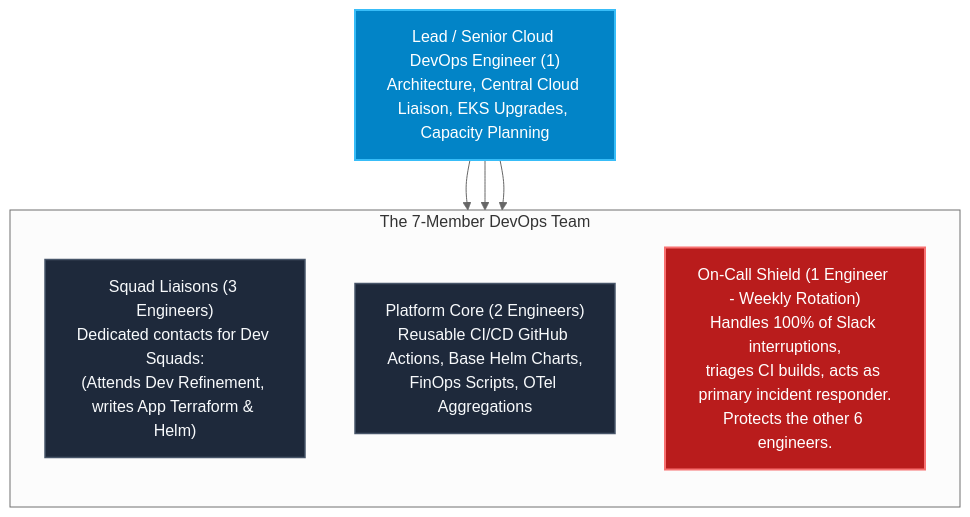
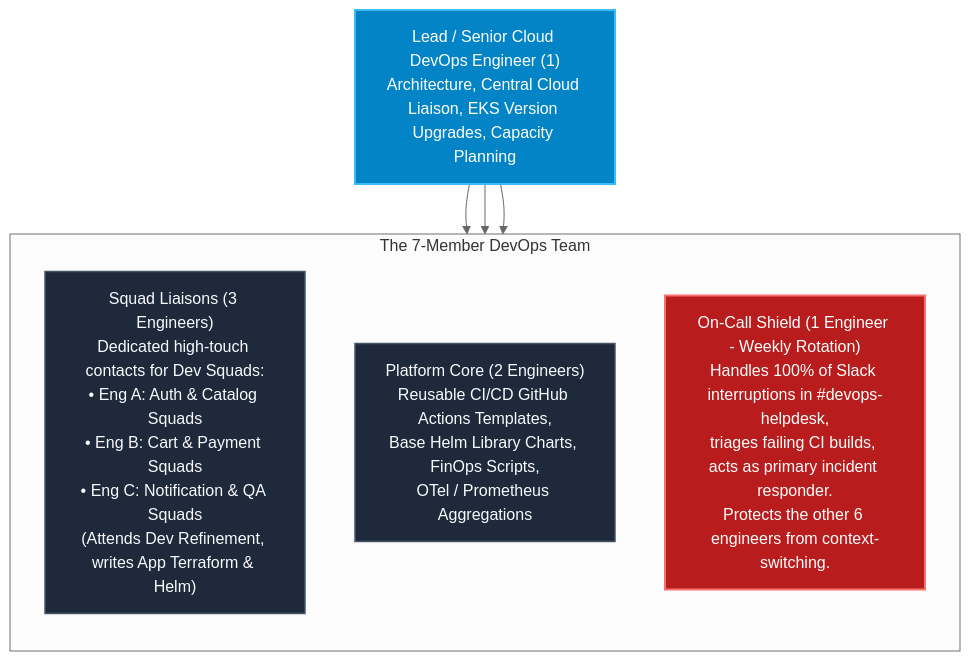
One commit to pvsafwa/devops-course-playbook changed the third of 14 diagrams in DevOps_CI_CD_Master_Engineering_Blueprint.md. Above: the diagram before and after it, drawn with Mermaid (neutral theme). The commit also changed other lines of this file, not shown here.

````diff
--- a/DevOps_CI_CD_Master_Engineering_Blueprint.md
+++ b/DevOps_CI_CD_Master_Engineering_Blueprint.md
@@ -79,17 +106,17 @@
 ```mermaid
 flowchart TD
-    Lead["Lead / Senior Cloud DevOps Engineer (1)<br/>Architecture, Central Cloud Liaison, EKS Upgrades, Capacity Planning"]
+    Lead["Lead / Senior Cloud DevOps Engineer (1)<br/>Architecture, Central Cloud Liaison, EKS Version Upgrades, Capacity Planning"]
     subgraph DevOpsSquad["The 7-Member DevOps Team"]
         direction TB
-        Liaisons["Squad Liaisons (3 Engineers)<br/>Dedicated contacts for Dev Squads:<br/>(Attends Dev Refinement, writes App Terraform & Helm)"]
-        Platform["Platform Core (2 Engineers)<br/>Reusable CI/CD GitHub Actions, Base Helm Charts,<br/>FinOps Scripts, OTel Aggregations"]
-        Shield["On-Call Shield (1 Engineer - Weekly Rotation)<br/>Handles 100% of Slack interruptions,<br/>triages CI builds, acts as primary incident responder.<br/>Protects the other 6 engineers."]
+        Liaisons["Squad Liaisons (3 Engineers)<br/>Dedicated high-touch contacts for Dev Squads:<br/>• Eng A: Auth & Catalog Squads<br/>• Eng B: Cart & Payment Squads<br/>• Eng C: Notification & QA Squads<br/>(Attends Dev Refinement, writes App Terraform & Helm)"]
+        Platform["Platform Core (2 Engineers)<br/>Reusable CI/CD GitHub Actions Templates,<br/>Base Helm Library Charts, FinOps Scripts,<br/>OTel / Prometheus Aggregations"]
+        Shield["On-Call Shield (1 Engineer - Weekly Rotation)<br/>Handles 100% of Slack interruptions in #devops-helpdesk,<br/>triages failing CI builds, acts as primary incident responder.<br/>Protects the other 6 engineers from context-switching."]
     end
     Lead --> Liaisons
     Lead --> Platform
     Lead --> Shield
     classDef lead fill:#0284c7,stroke:#38bdf8,stroke-width:2px,color:#ffffff;
     classDef box fill:#1e293b,stroke:#475569,stroke-width:1.5px,color:#f8fafc;
     classDef shield fill:#b91c1c,stroke:#f87171,stroke-width:2px,color:#ffffff;
     class Lead lead; class Liaisons,Platform box; class Shield shield;
 ```
````
